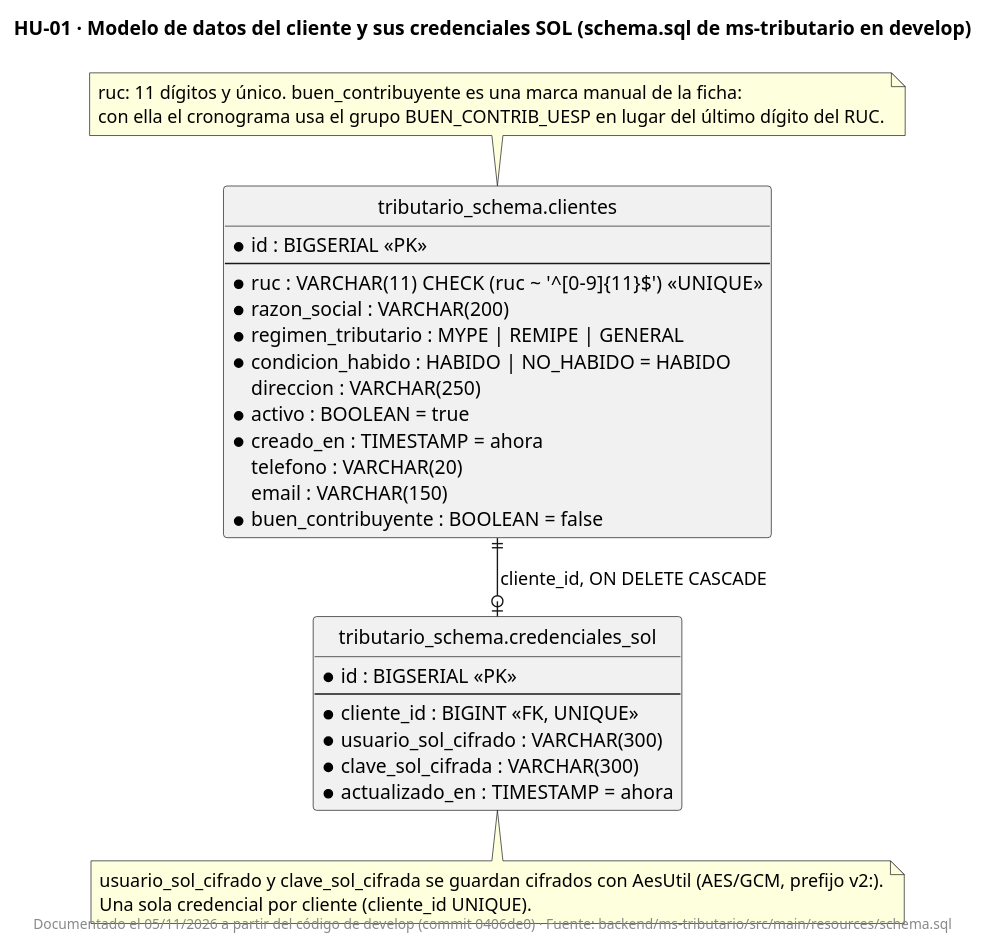
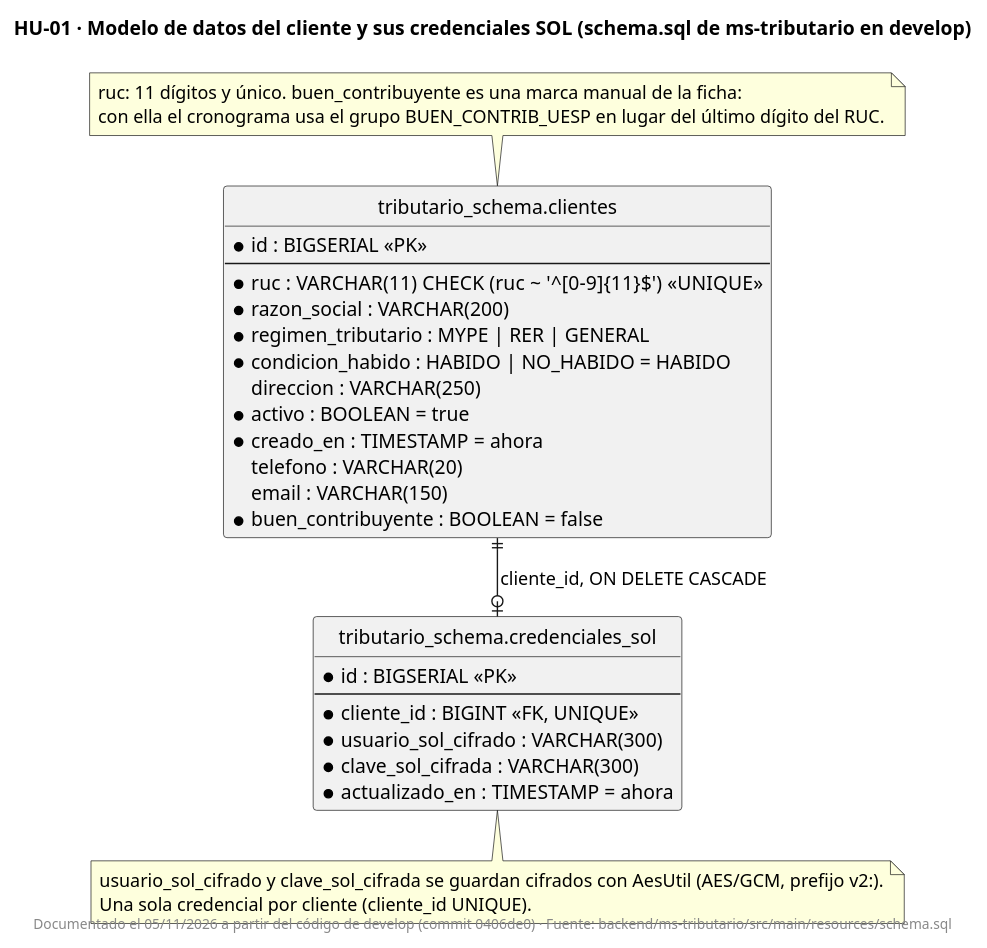
Before and after one commit to fabianrodriguez33/plus-contable: the diagram in docs/uml/HU01-er-clientes.puml, drawn with PlantUML. The commit also changed 21 other files, not shown here.

Commit message:
docs: los diagramas de datos del cliente muestran RER en lugar de REMIPE

```diff
--- a/docs/uml/HU01-er-clientes.puml
+++ b/docs/uml/HU01-er-clientes.puml
@@ -1,44 +1,44 @@
 @startuml
 !pragma layout smetana
 title HU-01 · Modelo de datos del cliente y sus credenciales SOL (schema.sql de ms-tributario en develop)
 skinparam shadowing false
 hide circle
 
 entity "tributario_schema.clientes" as clientes {
   * id : BIGSERIAL <<PK>>
   --
   * ruc : VARCHAR(11)  CHECK (ruc ~ '^[0-9]{11}$') <<UNIQUE>>
   * razon_social : VARCHAR(200)
-  * regimen_tributario : MYPE | REMIPE | GENERAL
+  * regimen_tributario : MYPE | RER | GENERAL
   * condicion_habido : HABIDO | NO_HABIDO = HABIDO
     direccion : VARCHAR(250)
   * activo : BOOLEAN = true
   * creado_en : TIMESTAMP = ahora
     telefono : VARCHAR(20)
     email : VARCHAR(150)
   * buen_contribuyente : BOOLEAN = false
 }
 
 entity "tributario_schema.credenciales_sol" as credenciales_sol {
   * id : BIGSERIAL <<PK>>
   --
   * cliente_id : BIGINT <<FK, UNIQUE>>
   * usuario_sol_cifrado : VARCHAR(300)
   * clave_sol_cifrada : VARCHAR(300)
   * actualizado_en : TIMESTAMP = ahora
 }
 
 clientes ||--o| credenciales_sol : cliente_id, ON DELETE CASCADE
 
 note bottom of credenciales_sol
   usuario_sol_cifrado y clave_sol_cifrada se guardan cifrados con AesUtil (AES/GCM, prefijo v2:).
   Una sola credencial por cliente (cliente_id UNIQUE).
 end note
 
 note top of clientes
   ruc: 11 dígitos y único. buen_contribuyente es una marca manual de la ficha:
   con ella el cronograma usa el grupo BUEN_CONTRIB_UESP en lugar del último dígito del RUC.
 end note
 
 footer Documentado el 05/11/2026 a partir del código de develop (commit 0406de0) · Fuente: backend/ms-tributario/src/main/resources/schema.sql
 @enduml
```
